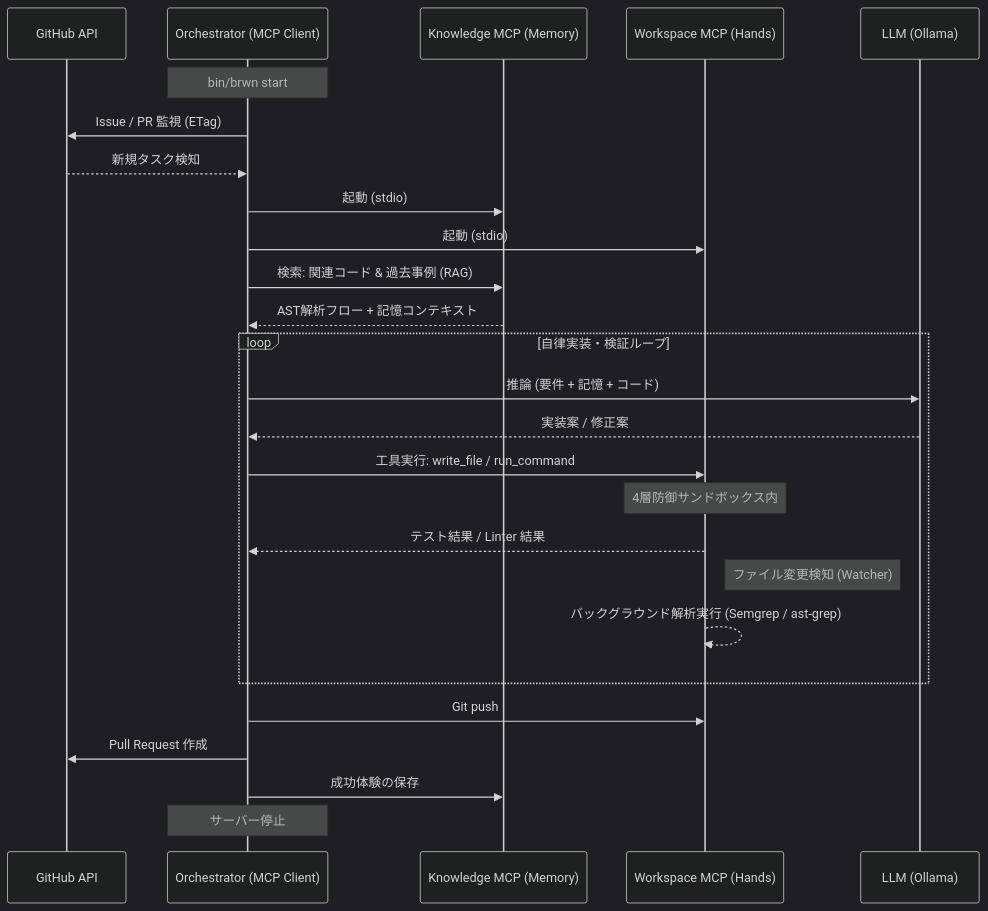
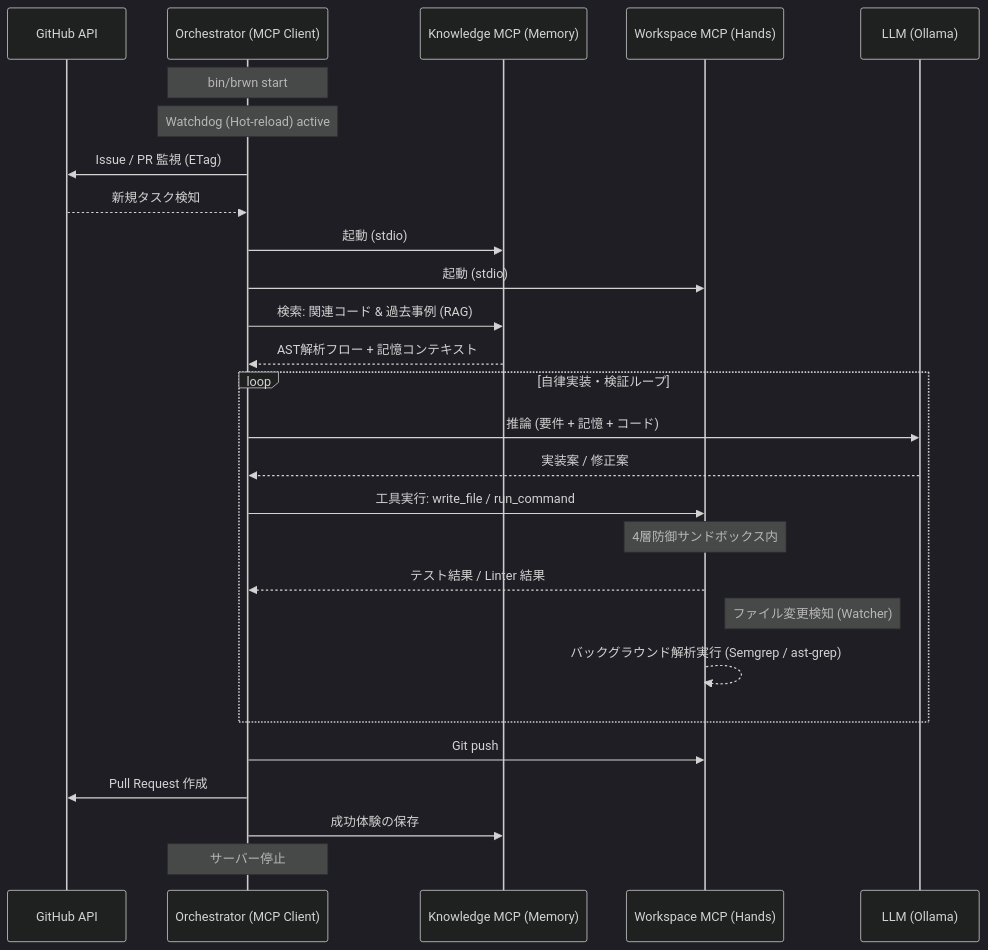
Before and after one commit to globalpocket/brownie: the diagram in docs/Home.md, drawn with Mermaid (dark theme). The commit also changed other lines of this file and 1 other file, not shown here.

````diff
--- a/docs/Home.md
+++ b/docs/Home.md
@@ -35,35 +35,36 @@
 ```mermaid
 sequenceDiagram
     participant GH as GitHub API
     participant ORC as Orchestrator (MCP Client)
     participant KNO as Knowledge MCP (Memory)
     participant WS as Workspace MCP (Hands)
     participant LLM as LLM (Ollama)
 
     Note over ORC: bin/brwn start
+    Note over ORC: Watchdog (Hot-reload) active
     ORC->>GH: Issue / PR 監視 (ETag)
     GH-->>ORC: 新規タスク検知
     
     ORC->>KNO: 起動 (stdio)
     ORC->>WS: 起動 (stdio)
     
     ORC->>KNO: 検索: 関連コード & 過去事例 (RAG)
     KNO-->>ORC: AST解析フロー + 記憶コンテキスト
     
     loop 自律実装・検証ループ
         ORC->>LLM: 推論 (要件 + 記憶 + コード)
         LLM-->>ORC: 実装案 / 修正案
         
         ORC->>WS: 工具実行: write_file / run_command
         Note over WS: 4層防御サンドボックス内
         WS-->>ORC: テスト結果 / Linter 結果
         
         Note right of WS: ファイル変更検知 (Watcher)
         WS-->>WS: バックグラウンド解析実行 (Semgrep / ast-grep)
     end
 
     ORC->>WS: Git push
     ORC->>GH: Pull Request 作成
     ORC->>KNO: 成功体験の保存
     Note over ORC: サーバー停止
 ```
````
